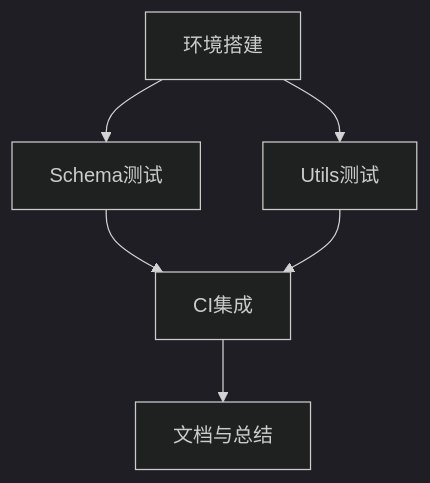
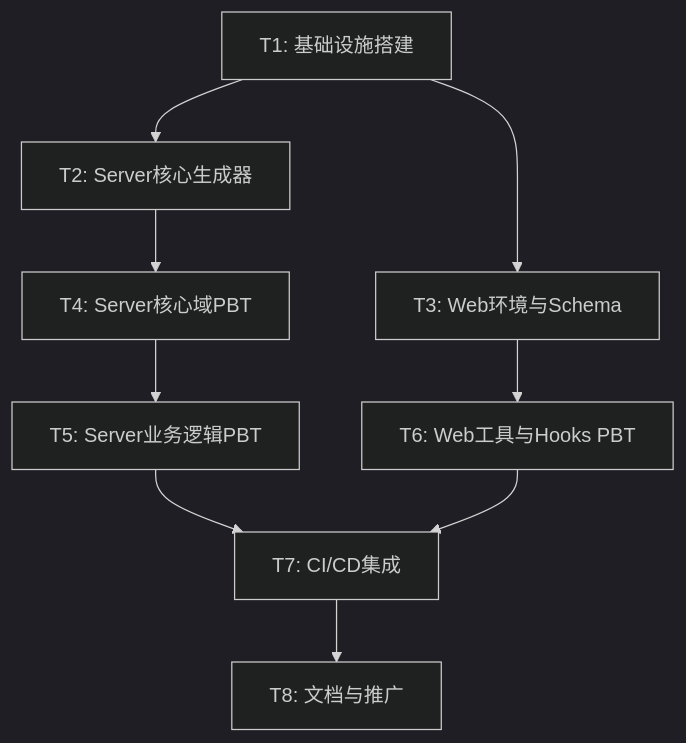
Before and after one commit to demo112/atn_server_app_web: the diagram in attendance-system/docs/属性测试实施/TASK_属性测试实施.md, drawn with Mermaid (dark theme). The commit also changed other lines of this file and 7 other files, not shown here.

````diff
--- a/attendance-system/docs/属性测试实施/TASK_属性测试实施.md
+++ b/attendance-system/docs/属性测试实施/TASK_属性测试实施.md
@@ -5,8 +7,11 @@
 ```mermaid
 graph TD
-    T1[环境搭建] --> T2[Schema测试]
-    T1 --> T3[Utils测试]
-    T2 --> T4[CI集成]
-    T3 --> T4
-    T4 --> T5[文档与总结]
+    T1[T1: 基础设施搭建] --> T2[T2: Server核心生成器]
+    T1 --> T3[T3: Web环境与Schema]
+    T2 --> T4[T4: Server核心域PBT]
+    T4 --> T5[T5: Server业务逻辑PBT]
+    T3 --> T6[T6: Web工具与Hooks PBT]
+    T5 --> T7[T7: CI/CD集成]
+    T6 --> T7
+    T7 --> T8[T8: 文档与推广]
 ```
````
